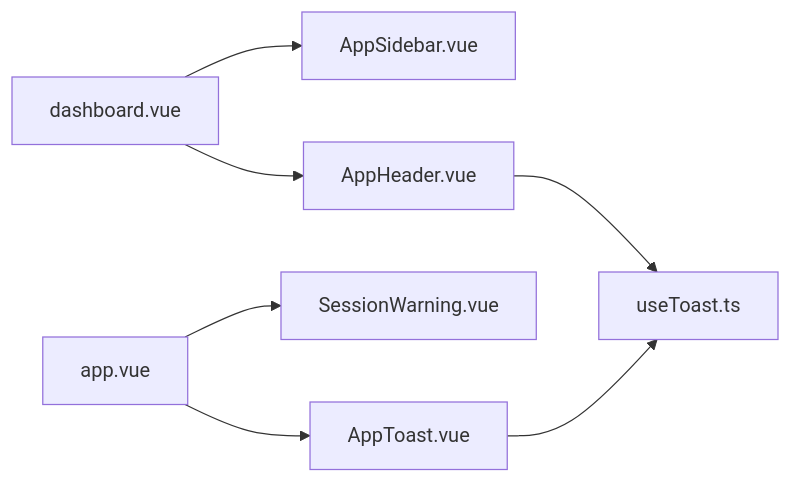
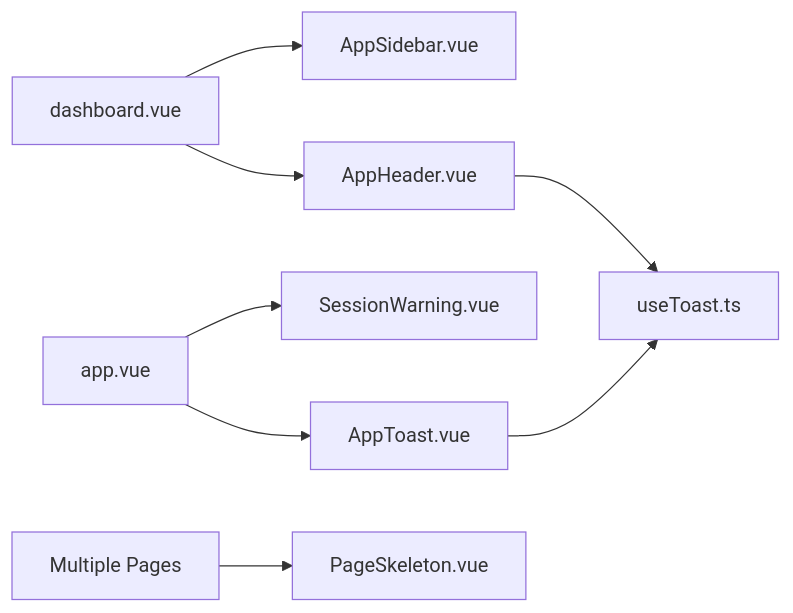
The tenth of 10 diagrams in .qoder/repowiki/en/content/Core UI Components/Core UI Components.md (Lazynerd-Studios/lacarte-atlas-console), drawn with Mermaid before and after one commit. The commit also changed other lines of this file and 17 other files, not shown here.

````diff
--- a/.qoder/repowiki/en/content/Core UI Components/Core UI Components.md
+++ b/.qoder/repowiki/en/content/Core UI Components/Core UI Components.md
@@ -480,9 +562,10 @@
 ```mermaid
 graph LR
 Dashboard["dashboard.vue"] --> Sidebar["AppSidebar.vue"]
 Dashboard --> Header["AppHeader.vue"]
 Root["app.vue"] --> Session["SessionWarning.vue"]
 Root --> Toast["AppToast.vue"]
 Toast --> Compose["useToast.ts"]
 Header --> Compose
+Pages["Multiple Pages"] --> Skeleton["PageSkeleton.vue"]
 ```
````
